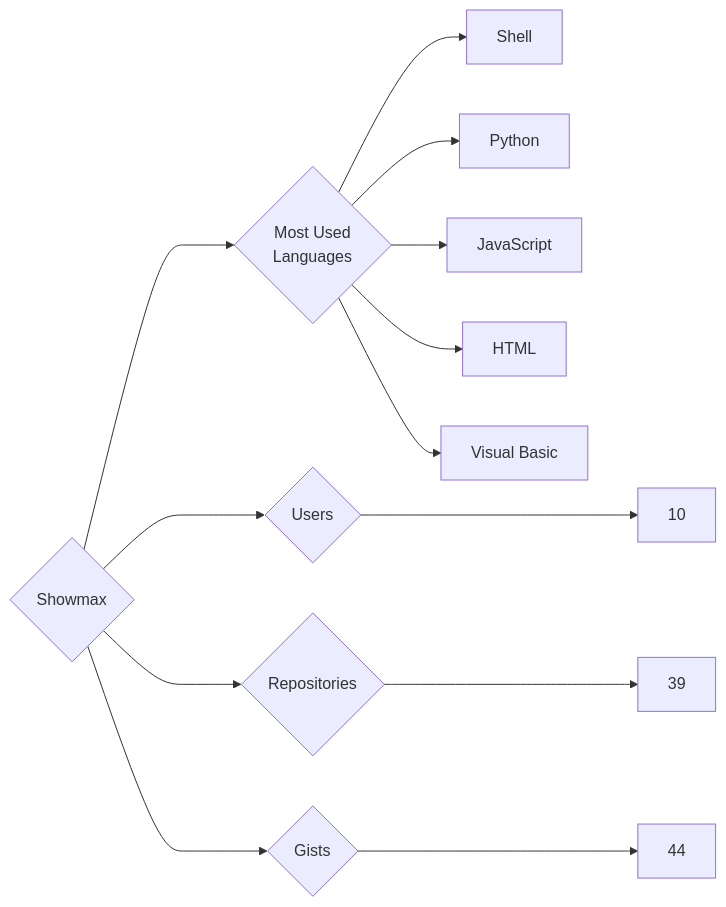
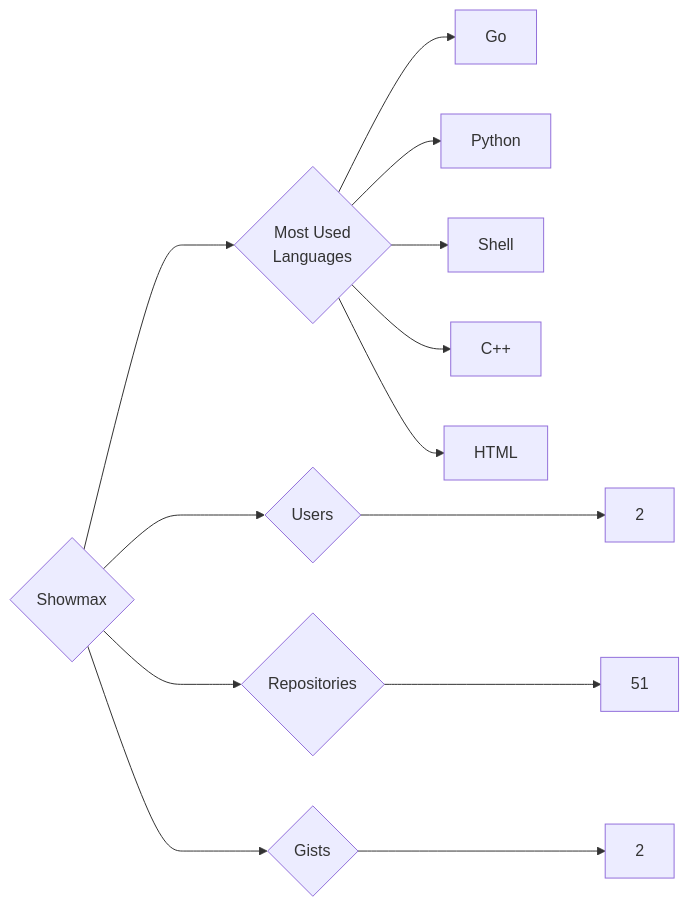
The diagram in targets/Showmax/README.md (trickest/insiders), drawn with Mermaid before and after one commit. The commit also changed 877 other files, not shown here.

````diff
--- a/targets/Showmax/README.md
+++ b/targets/Showmax/README.md
@@ -3,13 +3,13 @@
 ```mermaid
 graph LR
 COMPANY_NAME{Showmax}
-COMPANY_NAME ---> U{Users} ---> UN[10]
-COMPANY_NAME ---> R{Repositories} ---> RN[39]
-COMPANY_NAME ---> G{Gists} ---> GN[44]
+COMPANY_NAME ---> U{Users} ---> UN[2]
+COMPANY_NAME ---> R{Repositories} ---> RN[51]
+COMPANY_NAME ---> G{Gists} ---> GN[2]
 COMPANY_NAME ---> ML{Most Used<br>Languages}
+ML --> Go[Go]
+ML --> Python[Python]
 ML --> Shell[Shell]
-ML --> Python[Python]
-ML --> JavaScript[JavaScript]
+ML --> C++[C++]
 ML --> HTML[HTML]
-ML --> Visual_Basic[Visual Basic]
 ```
````
